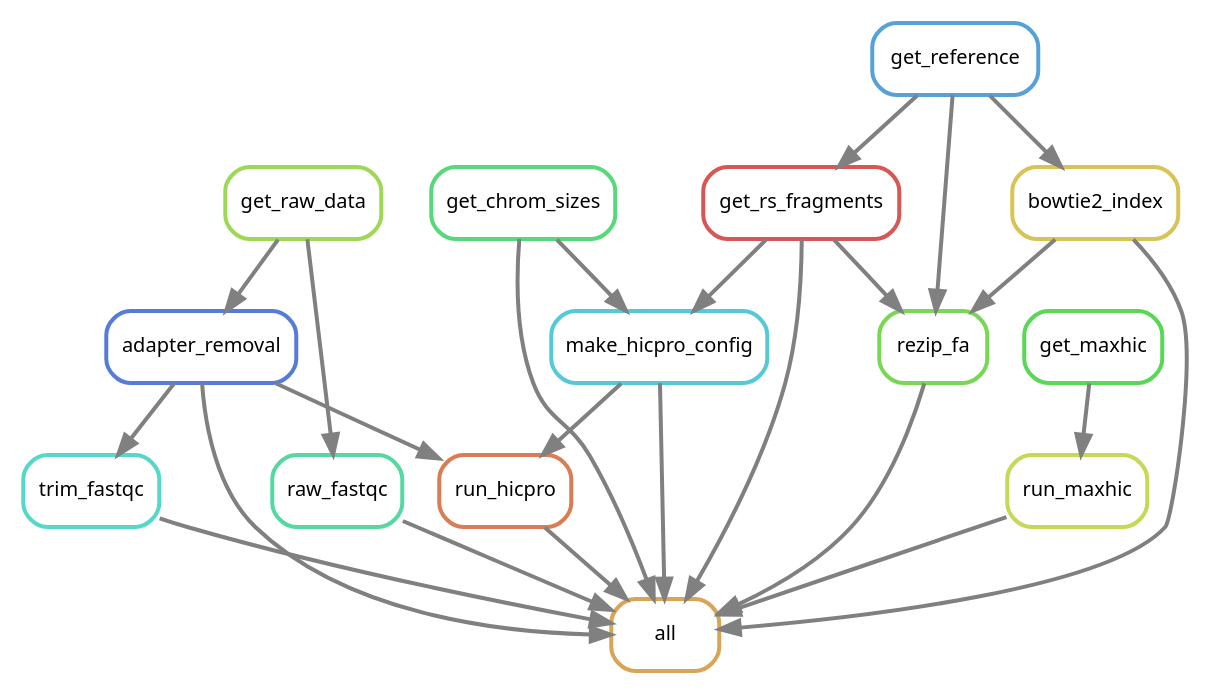
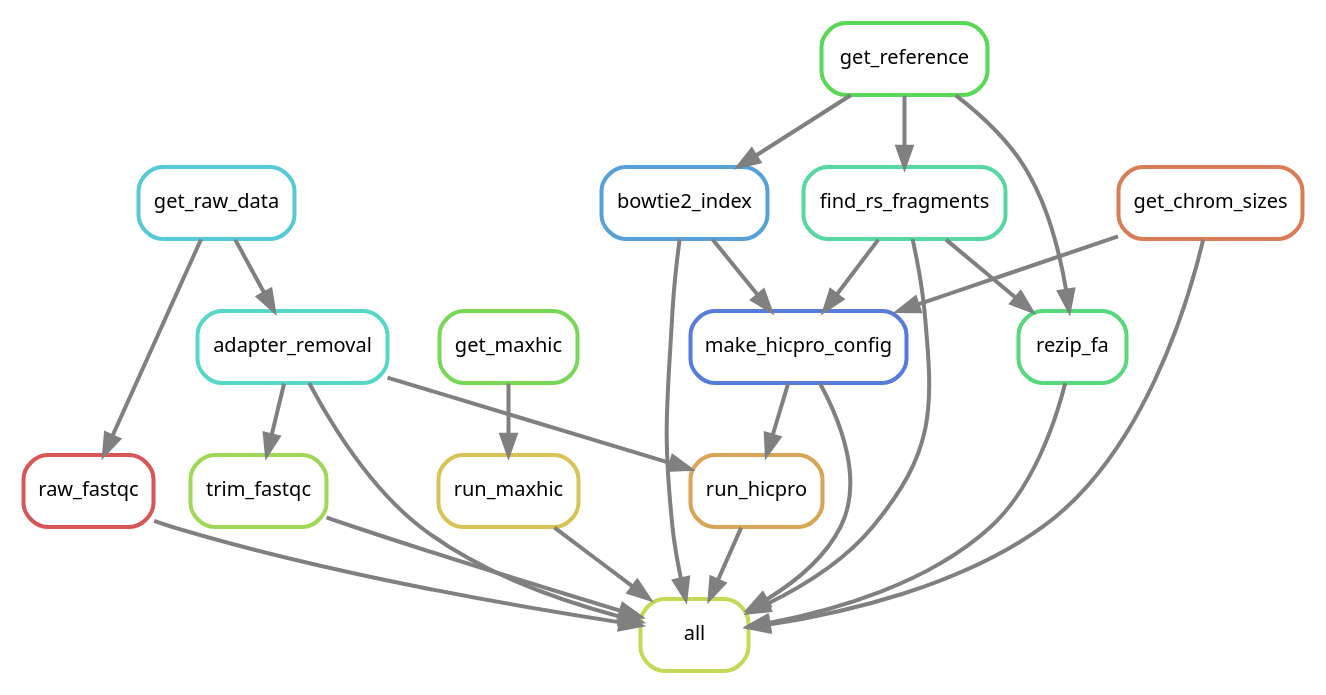
Before and after one commit to DRMCRL/ENCODE_T47D_HiC_ENCSR549MGQ: the diagram in output/rulegraph.dot, drawn with Graphviz. The commit also changed 1 other file, not shown here.

```diff
--- a/output/rulegraph.dot
+++ b/output/rulegraph.dot
@@ -1,42 +1,42 @@
 digraph snakemake_dag {
     graph[bgcolor=white, margin=0];
     node[shape=box, style=rounded, fontname=sans,                 fontsize=10, penwidth=2];
     edge[penwidth=2, color=grey];
-	0[label = "all", color = "0.10 0.6 0.85", style="rounded"];
-	1[label = "trim_fastqc", color = "0.48 0.6 0.85", style="rounded"];
-	2[label = "run_hicpro", color = "0.05 0.6 0.85", style="rounded"];
-	3[label = "raw_fastqc", color = "0.43 0.6 0.85", style="rounded"];
-	4[label = "bowtie2_index", color = "0.14 0.6 0.85", style="rounded"];
-	5[label = "adapter_removal", color = "0.62 0.6 0.85", style="rounded"];
-	6[label = "get_chrom_sizes", color = "0.38 0.6 0.85", style="rounded"];
-	7[label = "make_hicpro_config", color = "0.52 0.6 0.85", style="rounded"];
-	8[label = "get_rs_fragments", color = "0.00 0.6 0.85", style="rounded"];
-	9[label = "run_maxhic", color = "0.19 0.6 0.85", style="rounded"];
-	10[label = "rezip_fa", color = "0.29 0.6 0.85", style="rounded"];
-	11[label = "get_raw_data", color = "0.24 0.6 0.85", style="rounded"];
-	12[label = "get_reference", color = "0.57 0.6 0.85", style="rounded"];
-	13[label = "get_maxhic", color = "0.33 0.6 0.85", style="rounded"];
+	0[label = "all", color = "0.19 0.6 0.85", style="rounded"];
+	1[label = "run_hicpro", color = "0.10 0.6 0.85", style="rounded"];
+	2[label = "trim_fastqc", color = "0.24 0.6 0.85", style="rounded"];
+	3[label = "run_maxhic", color = "0.14 0.6 0.85", style="rounded"];
+	4[label = "adapter_removal", color = "0.48 0.6 0.85", style="rounded"];
+	5[label = "raw_fastqc", color = "0.00 0.6 0.85", style="rounded"];
+	6[label = "bowtie2_index", color = "0.57 0.6 0.85", style="rounded"];
+	7[label = "find_rs_fragments", color = "0.43 0.6 0.85", style="rounded"];
+	8[label = "rezip_fa", color = "0.38 0.6 0.85", style="rounded"];
+	9[label = "get_chrom_sizes", color = "0.05 0.6 0.85", style="rounded"];
+	10[label = "make_hicpro_config", color = "0.62 0.6 0.85", style="rounded"];
+	11[label = "get_maxhic", color = "0.29 0.6 0.85", style="rounded"];
+	12[label = "get_raw_data", color = "0.52 0.6 0.85", style="rounded"];
+	13[label = "get_reference", color = "0.33 0.6 0.85", style="rounded"];
+	5 -> 0
+	9 -> 0
+	1 -> 0
+	3 -> 0
 	2 -> 0
 	8 -> 0
+	7 -> 0
 	4 -> 0
-	9 -> 0
+	6 -> 0
 	10 -> 0
-	6 -> 0
-	3 -> 0
-	1 -> 0
-	7 -> 0
-	5 -> 0
-	5 -> 1
-	7 -> 2
-	5 -> 2
+	4 -> 1
+	10 -> 1
+	4 -> 2
 	11 -> 3
 	12 -> 4
-	11 -> 5
-	8 -> 7
-	6 -> 7
-	12 -> 8
-	13 -> 9
-	8 -> 10
-	4 -> 10
-	12 -> 10
+	12 -> 5
+	13 -> 6
+	13 -> 7
+	13 -> 8
+	7 -> 8
+	6 -> 10
+	9 -> 10
+	7 -> 10
 }            
```
